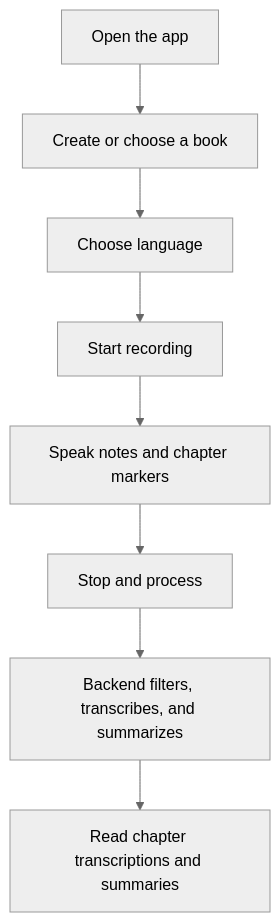
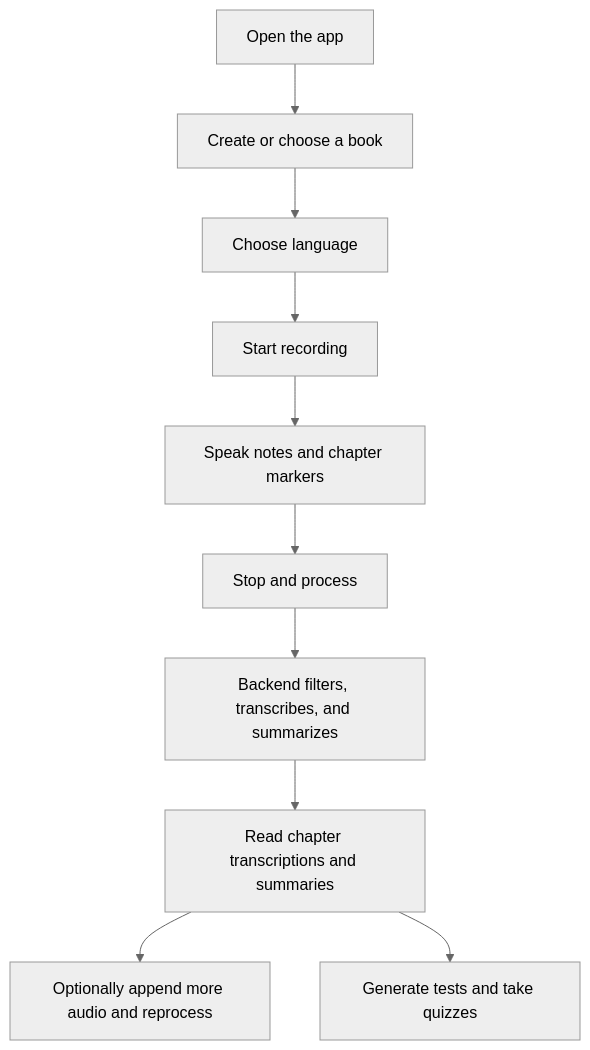
The first of 6 diagrams in README.md (gamer4et/summarization-memory-helper), drawn with Mermaid (neutral theme) before and after one commit. The commit also changed other lines of this file, not shown here.

````diff
--- a/README.md
+++ b/README.md
@@ -148,10 +154,12 @@
 ```mermaid
 flowchart TD
     A[Open the app] --> B[Create or choose a book]
     B --> C[Choose language]
     C --> D[Start recording]
     D --> E[Speak notes and chapter markers]
     E --> F[Stop and process]
     F --> G[Backend filters, transcribes, and summarizes]
     G --> H[Read chapter transcriptions and summaries]
+    H --> I[Optionally append more audio and reprocess]
+    H --> J[Generate tests and take quizzes]
 ```
````
